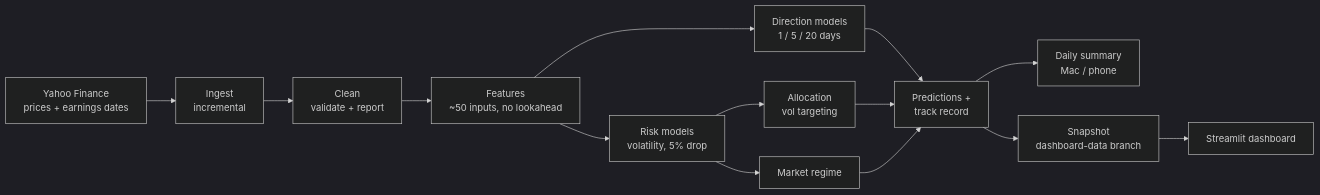
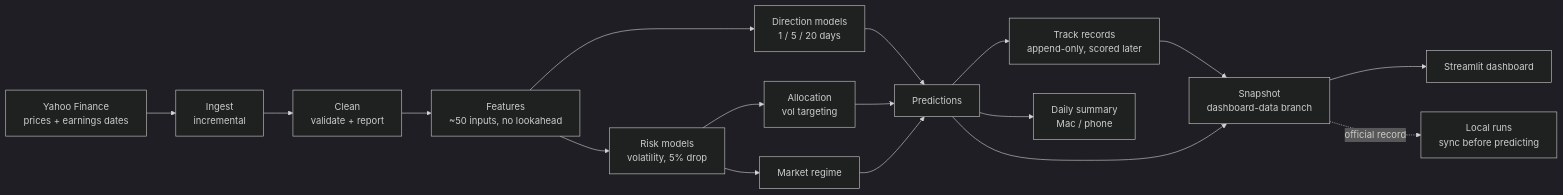
One commit to Chrish1603/Stock-Market-Predictor changed the diagram in README.md. Above: the diagram before and after it, drawn with Mermaid (dark theme). The commit also changed other lines of this file and 5 other files, not shown here.

````diff
--- a/README.md
+++ b/README.md
@@ -41,16 +95,19 @@
 ```mermaid
 flowchart LR
   Y[Yahoo Finance<br/>prices + earnings dates] --> I[Ingest<br/>incremental]
   I --> C[Clean<br/>validate + report]
   C --> F[Features<br/>~50 inputs, no lookahead]
   F --> D[Direction models<br/>1 / 5 / 20 days]
   F --> R[Risk models<br/>volatility, 5% drop]
   R --> A[Allocation<br/>vol targeting]
   R --> G[Market regime]
-  D --> P[Predictions +<br/>track record]
+  D --> P[Predictions]
   A --> P
   G --> P
+  P --> T[Track records<br/>append-only, scored later]
   P --> N[Daily summary<br/>Mac / phone]
-  P --> S[Snapshot<br/>dashboard-data branch]
+  T --> S[Snapshot<br/>dashboard-data branch]
+  P --> S
   S --> W[Streamlit dashboard]
+  S -. official record .-> L[Local runs<br/>sync before predicting]
 ```
````
